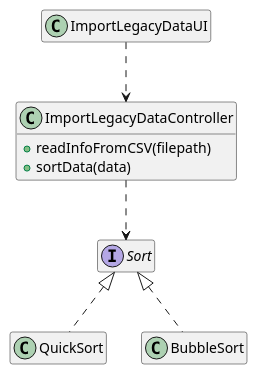
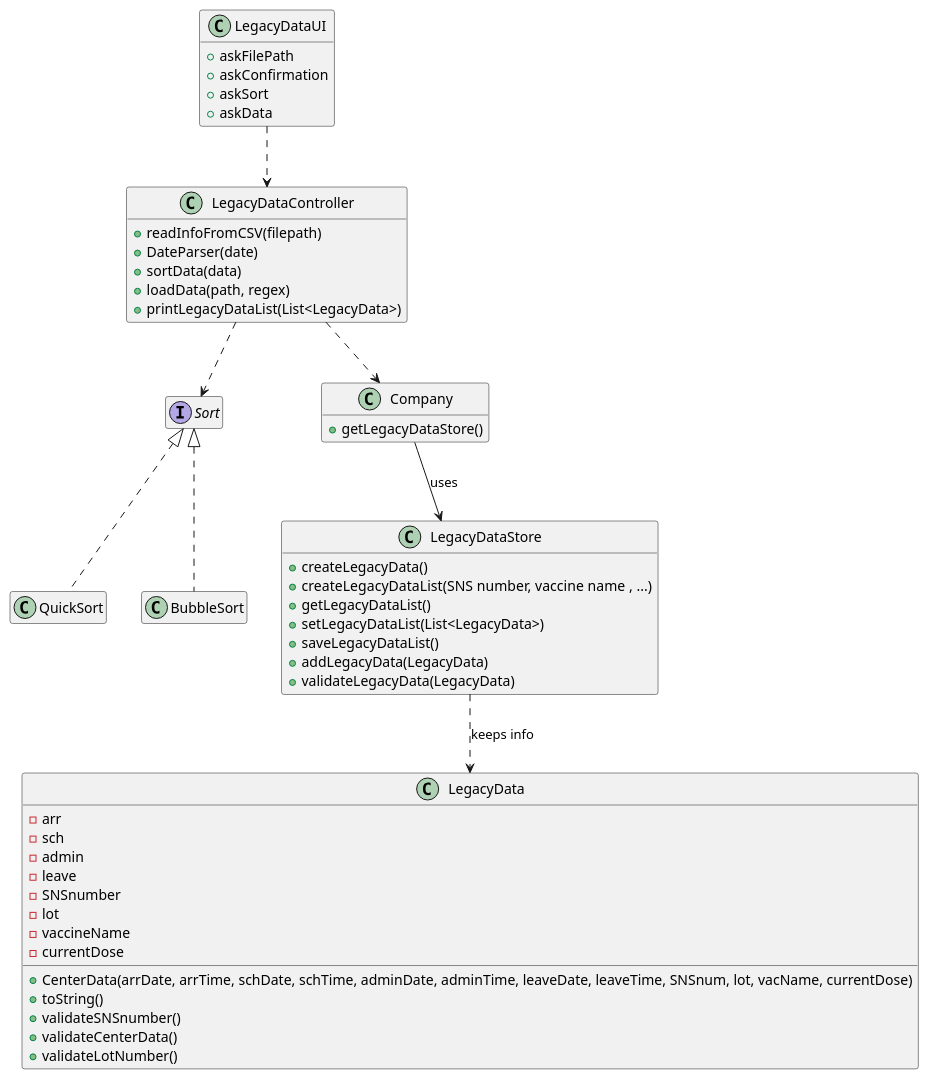
One commit to PedroMesquita1211171/VaccinationManager changed the diagram in docs/SprintD/US/US17/US017_CD.puml. Above: the diagram before and after it, drawn with PlantUML. The commit also changed 8 other files, not shown here.

```diff
--- a/docs/SprintD/US/US17/US017_CD.puml
+++ b/docs/SprintD/US/US17/US017_CD.puml
@@ -1,29 +1,65 @@
 @startuml
 'https://plantuml.com/sequence-diagram
 
 hide empty members
 
 
-class ImportLegacyDataUI {
+class LegacyDataUI {
++askFilePath
++askConfirmation
++askSort
++askData
 }
 
-class ImportLegacyDataController {
+class LegacyDataController {
 +readInfoFromCSV(filepath)
++DateParser(date)
 +sortData(data)
++loadData(path, regex)
++printLegacyDataList(List<LegacyData>)
+}
+class LegacyData{
+-arr
+ -sch
+ -admin
+ -leave
+ -SNSnumber
+ -lot
+ -vaccineName
+ -currentDose
+ +CenterData(arrDate, arrTime, schDate, schTime, adminDate, adminTime, leaveDate, leaveTime, SNSnum, lot, vacName, currentDose)
+ +toString()
+ +validateSNSnumber()
+ +validateCenterData()
+ +validateLotNumber()
+}
+class LegacyDataStore{
++createLegacyData()
++createLegacyDataList(SNS number, vaccine name , ...)
++getLegacyDataList()
++setLegacyDataList(List<LegacyData>)
++saveLegacyDataList()
++addLegacyData(LegacyData)
++validateLegacyData(LegacyData)
 }
 interface Sort{
 }
 
 class QuickSort implements Sort {
 }
 
 class BubbleSort implements Sort{
 }
+class Company{
++getLegacyDataStore()
+}
 
-
-ImportLegacyDataUI ..> ImportLegacyDataController
-ImportLegacyDataController ..> Sort
+LegacyDataUI ..> LegacyDataController
+LegacyDataController ..> Company
+LegacyDataController ..> Sort
+Company --> LegacyDataStore : uses
+LegacyDataStore ..> LegacyData : keeps info
 
 
 
 @enduml
```
